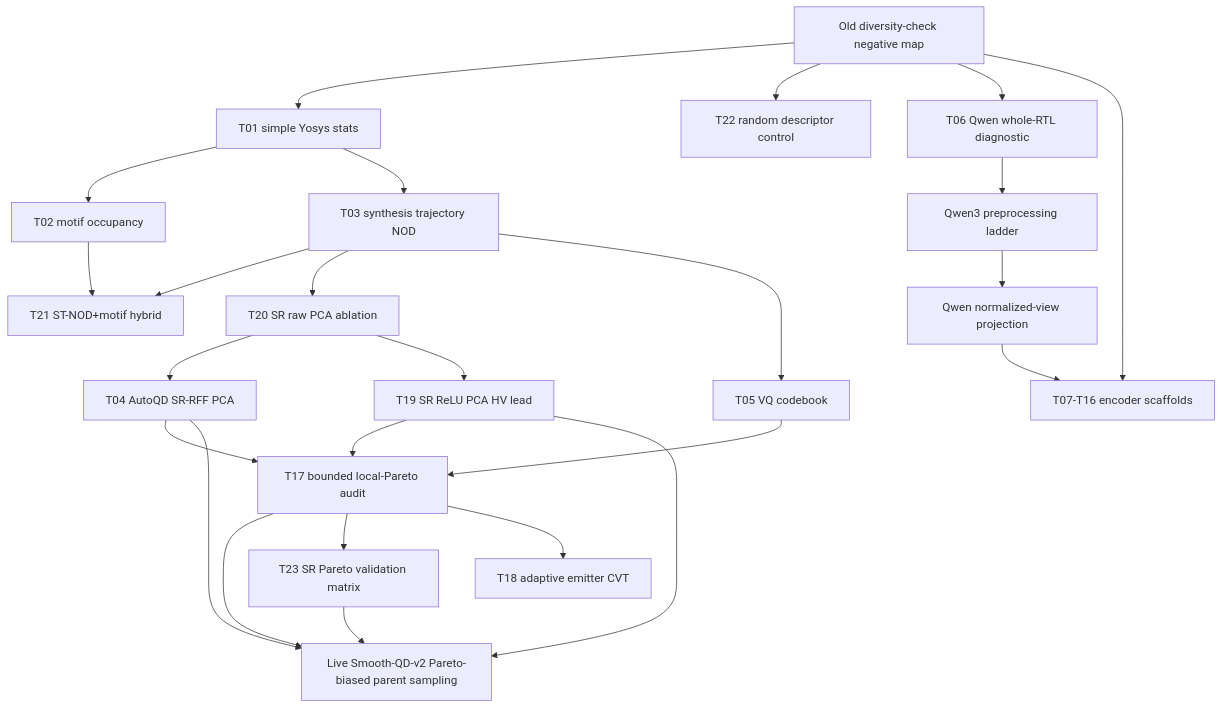
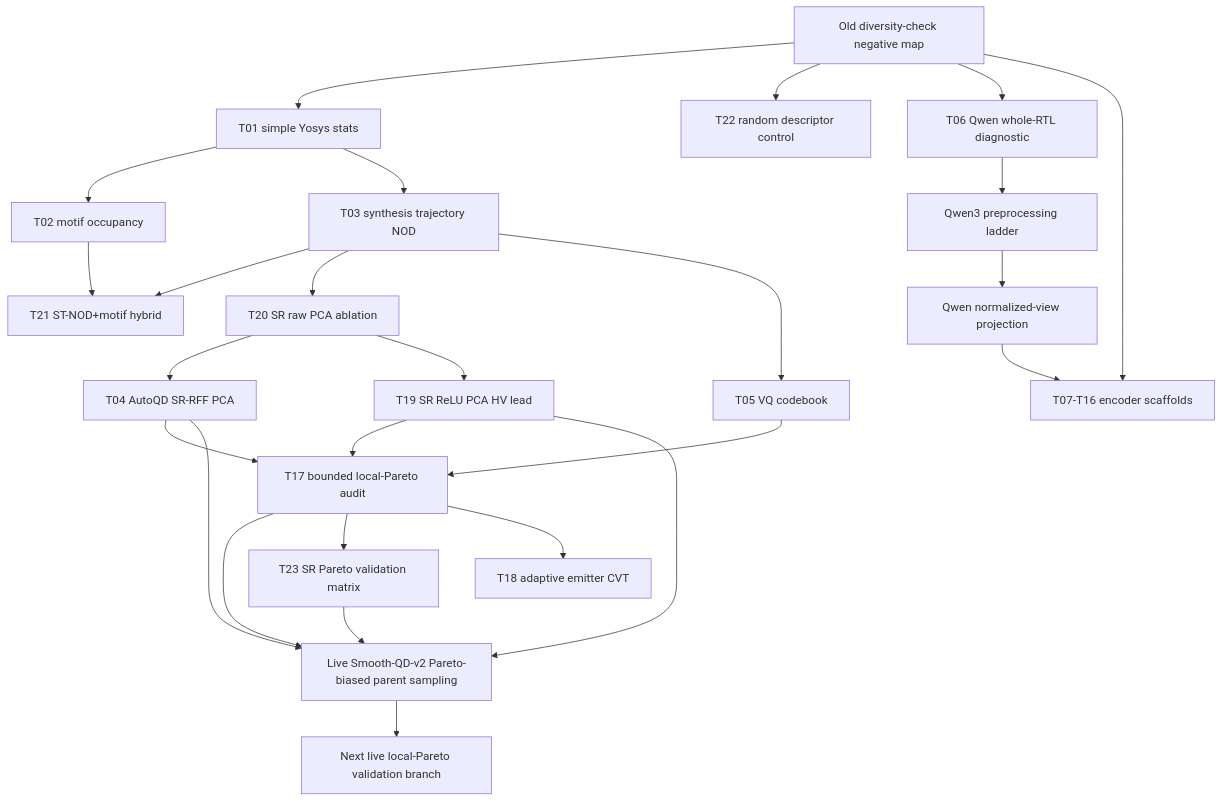
One commit to kmcho2019/REvolution changed the diagram in docs/journal_features/revamp_history/20260622_010615_KST_useful_bd_push/technique_lanes.md. Above: the diagram before and after it, drawn with Mermaid. The commit also changed other lines of this file and 4 other files, not shown here.

````diff
--- a/docs/journal_features/revamp_history/20260622_010615_KST_useful_bd_push/technique_lanes.md
+++ b/docs/journal_features/revamp_history/20260622_010615_KST_useful_bd_push/technique_lanes.md
@@ -22,29 +37,30 @@
 ```mermaid
 flowchart TD
   A[Old diversity-check negative map] --> B[T01 simple Yosys stats]
   A --> Q[T22 random descriptor control]
   B --> C[T02 motif occupancy]
   B --> D[T03 synthesis trajectory NOD]
   C --> P[T21 ST-NOD+motif hybrid]
   D --> P
   D --> O[T20 SR raw PCA ablation]
   O --> E[T04 AutoQD SR-RFF PCA]
   D --> F[T05 VQ codebook]
   O --> N[T19 SR ReLU PCA HV lead]
   E --> G[T17 bounded local-Pareto audit]
   N --> G
   F --> G
   G --> H[Live Smooth-QD-v2 Pareto-biased parent sampling]
   E --> H
   N --> H
   G --> R[T23 SR Pareto validation matrix]
   R --> H
+  H --> S[Next live local-Pareto validation branch]
 
   A --> I[T06 Qwen whole-RTL diagnostic]
   I --> J[Qwen3 preprocessing ladder]
   J --> K[Qwen normalized-view projection]
 
   A --> L[T07-T16 encoder scaffolds]
   K --> L
   G --> M[T18 adaptive emitter CVT]
 ```
````
